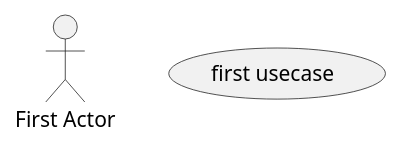
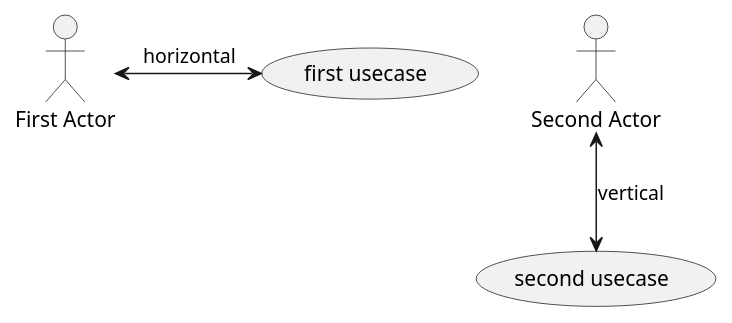
Before and after one commit to communication-engineer-ikz/plant-uml-playground: the diagram in use-case-diagram.pu, drawn with PlantUML.

Commit message:
もう少しコンポーネントを使ってみる

```diff
--- a/use-case-diagram.pu
+++ b/use-case-diagram.pu
@@ -1,7 +1,12 @@
 @startuml use-case-diagram
-
-:First Actor:
+' skinparam actorStyle awesome
+:First Actor: as actor1
+:Second Actor: as actor2
 
 (first usecase) as (UC1)
+(second usecase) as (UC2)
+
+actor1 <-> UC1: horizontal
+actor2 <--> UC2: vertical
 
 @enduml
```
